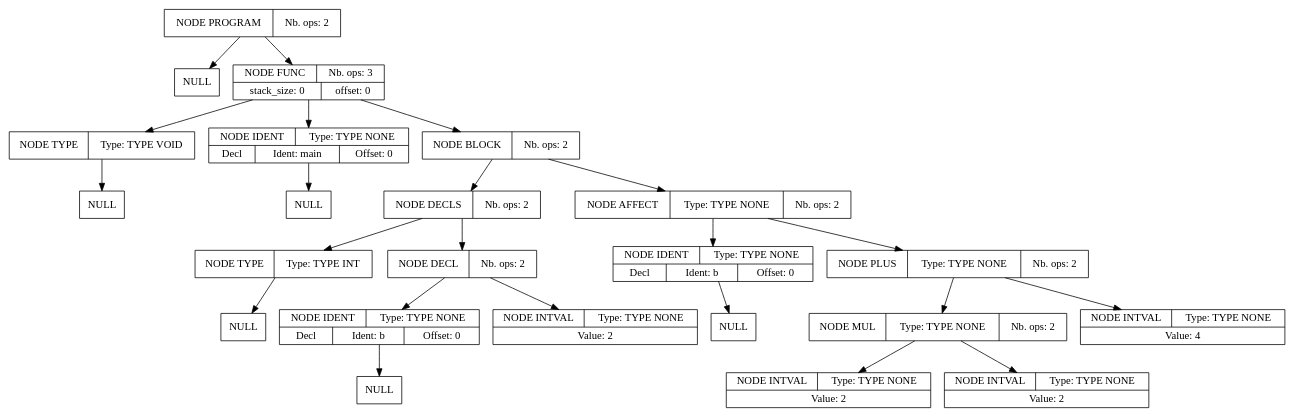
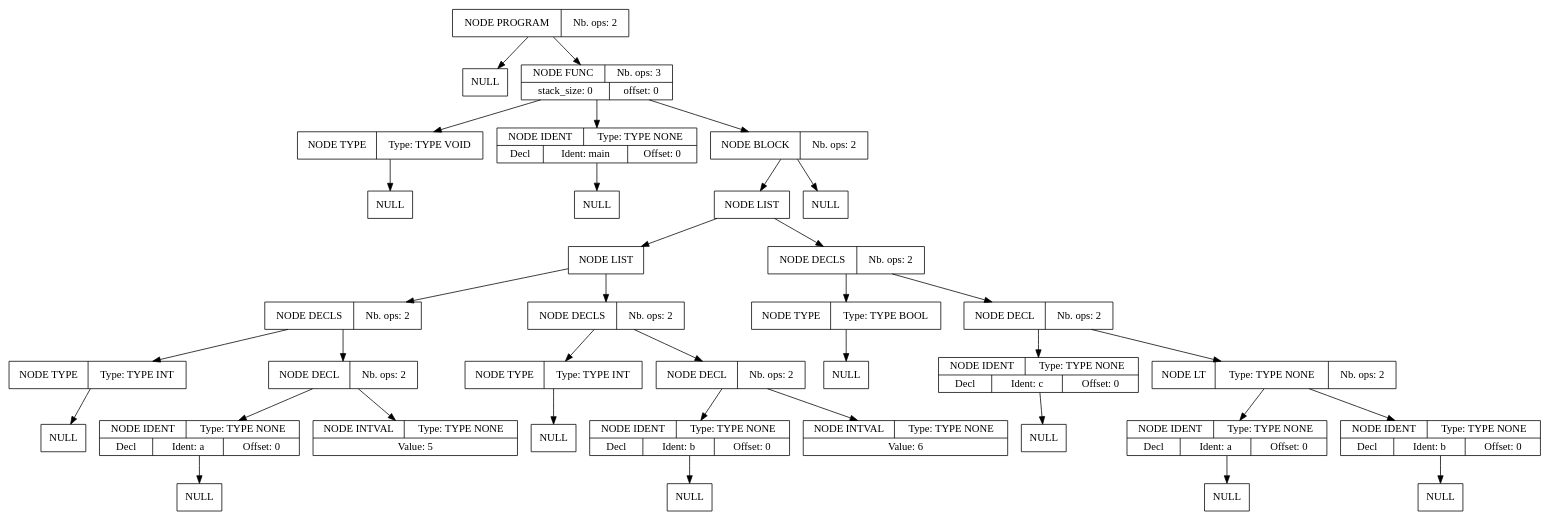
Before and after one commit to Harian-Elyoth/CompilateurMiniC: the diagram in src/arbre_du_program.dot, drawn with Graphviz. The commit also changed 6 other files, not shown here.

```diff
--- a/src/arbre_du_program.dot
+++ b/src/arbre_du_program.dot
@@ -1,69 +1,108 @@
 digraph global_vars {
     N1 [shape=record, label="{{NODE PROGRAM|Nb. ops: 2}}"];
     N2 [shape=record, label="{{NULL}}"];
     edge[tailclip=true];
     N1 -> N2
     N3 [shape=record, label="{{NODE FUNC|Nb. ops: 3}|{stack_size: 0|offset: 0}}"];
     N4 [shape=record, label="{{NODE TYPE|Type: TYPE VOID}}"];
     N5 [shape=record, label="{{NULL}}"];
     edge[tailclip=true];
     N4 -> N5
     edge[tailclip=true];
     N3 -> N4
     N6 [shape=record, label="{{NODE IDENT|Type: TYPE NONE}|{<decl>Decl      |Ident: main|Offset: 0}}"];
     N7 [shape=record, label="{{NULL}}"];
     edge[tailclip=true];
     N6 -> N7
     edge[tailclip=true];
     N3 -> N6
     N8 [shape=record, label="{{NODE BLOCK|Nb. ops: 2}}"];
-    N9 [shape=record, label="{{NODE DECLS|Nb. ops: 2}}"];
-    N10 [shape=record, label="{{NODE TYPE|Type: TYPE INT}}"];
-    N11 [shape=record, label="{{NULL}}"];
+    N9 [shape=record, label="{{NODE LIST}}"];
+    N10 [shape=record, label="{{NODE LIST}}"];
+    N11 [shape=record, label="{{NODE DECLS|Nb. ops: 2}}"];
+    N12 [shape=record, label="{{NODE TYPE|Type: TYPE INT}}"];
+    N13 [shape=record, label="{{NULL}}"];
+    edge[tailclip=true];
+    N12 -> N13
+    edge[tailclip=true];
+    N11 -> N12
+    N14 [shape=record, label="{{NODE DECL|Nb. ops: 2}}"];
+    N15 [shape=record, label="{{NODE IDENT|Type: TYPE NONE}|{<decl>Decl      |Ident: a|Offset: 0}}"];
+    N16 [shape=record, label="{{NULL}}"];
+    edge[tailclip=true];
+    N15 -> N16
+    edge[tailclip=true];
+    N14 -> N15
+    N17 [shape=record, label="{{NODE INTVAL|Type: TYPE NONE}|{Value: 5}}"];
+    edge[tailclip=true];
+    N14 -> N17
+    edge[tailclip=true];
+    N11 -> N14
     edge[tailclip=true];
     N10 -> N11
+    N18 [shape=record, label="{{NODE DECLS|Nb. ops: 2}}"];
+    N19 [shape=record, label="{{NODE TYPE|Type: TYPE INT}}"];
+    N20 [shape=record, label="{{NULL}}"];
+    edge[tailclip=true];
+    N19 -> N20
+    edge[tailclip=true];
+    N18 -> N19
+    N21 [shape=record, label="{{NODE DECL|Nb. ops: 2}}"];
+    N22 [shape=record, label="{{NODE IDENT|Type: TYPE NONE}|{<decl>Decl      |Ident: b|Offset: 0}}"];
+    N23 [shape=record, label="{{NULL}}"];
+    edge[tailclip=true];
+    N22 -> N23
+    edge[tailclip=true];
+    N21 -> N22
+    N24 [shape=record, label="{{NODE INTVAL|Type: TYPE NONE}|{Value: 6}}"];
+    edge[tailclip=true];
+    N21 -> N24
+    edge[tailclip=true];
+    N18 -> N21
+    edge[tailclip=true];
+    N10 -> N18
     edge[tailclip=true];
     N9 -> N10
-    N12 [shape=record, label="{{NODE DECL|Nb. ops: 2}}"];
-    N13 [shape=record, label="{{NODE IDENT|Type: TYPE NONE}|{<decl>Decl      |Ident: b|Offset: 0}}"];
-    N14 [shape=record, label="{{NULL}}"];
+    N25 [shape=record, label="{{NODE DECLS|Nb. ops: 2}}"];
+    N26 [shape=record, label="{{NODE TYPE|Type: TYPE BOOL}}"];
+    N27 [shape=record, label="{{NULL}}"];
     edge[tailclip=true];
-    N13 -> N14
+    N26 -> N27
     edge[tailclip=true];
-    N12 -> N13
-    N15 [shape=record, label="{{NODE INTVAL|Type: TYPE NONE}|{Value: 2}}"];
+    N25 -> N26
+    N28 [shape=record, label="{{NODE DECL|Nb. ops: 2}}"];
+    N29 [shape=record, label="{{NODE IDENT|Type: TYPE NONE}|{<decl>Decl      |Ident: c|Offset: 0}}"];
+    N30 [shape=record, label="{{NULL}}"];
     edge[tailclip=true];
-    N12 -> N15
+    N29 -> N30
     edge[tailclip=true];
-    N9 -> N12
+    N28 -> N29
+    N31 [shape=record, label="{{NODE LT|Type: TYPE NONE|Nb. ops: 2}}"];
+    N32 [shape=record, label="{{NODE IDENT|Type: TYPE NONE}|{<decl>Decl      |Ident: a|Offset: 0}}"];
+    N33 [shape=record, label="{{NULL}}"];
+    edge[tailclip=true];
+    N32 -> N33
+    edge[tailclip=true];
+    N31 -> N32
+    N34 [shape=record, label="{{NODE IDENT|Type: TYPE NONE}|{<decl>Decl      |Ident: b|Offset: 0}}"];
+    N35 [shape=record, label="{{NULL}}"];
+    edge[tailclip=true];
+    N34 -> N35
+    edge[tailclip=true];
+    N31 -> N34
+    edge[tailclip=true];
+    N28 -> N31
+    edge[tailclip=true];
+    N25 -> N28
+    edge[tailclip=true];
+    N9 -> N25
     edge[tailclip=true];
     N8 -> N9
-    N16 [shape=record, label="{{NODE AFFECT|Type: TYPE NONE|Nb. ops: 2}}"];
-    N17 [shape=record, label="{{NODE IDENT|Type: TYPE NONE}|{<decl>Decl      |Ident: b|Offset: 0}}"];
-    N18 [shape=record, label="{{NULL}}"];
+    N36 [shape=record, label="{{NULL}}"];
     edge[tailclip=true];
-    N17 -> N18
-    edge[tailclip=true];
-    N16 -> N17
-    N19 [shape=record, label="{{NODE PLUS|Type: TYPE NONE|Nb. ops: 2}}"];
-    N20 [shape=record, label="{{NODE MUL|Type: TYPE NONE|Nb. ops: 2}}"];
-    N21 [shape=record, label="{{NODE INTVAL|Type: TYPE NONE}|{Value: 2}}"];
-    edge[tailclip=true];
-    N20 -> N21
-    N22 [shape=record, label="{{NODE INTVAL|Type: TYPE NONE}|{Value: 2}}"];
-    edge[tailclip=true];
-    N20 -> N22
-    edge[tailclip=true];
-    N19 -> N20
-    N23 [shape=record, label="{{NODE INTVAL|Type: TYPE NONE}|{Value: 4}}"];
-    edge[tailclip=true];
-    N19 -> N23
-    edge[tailclip=true];
-    N16 -> N19
-    edge[tailclip=true];
-    N8 -> N16
+    N8 -> N36
     edge[tailclip=true];
     N3 -> N8
     edge[tailclip=true];
     N1 -> N3
 }
```
